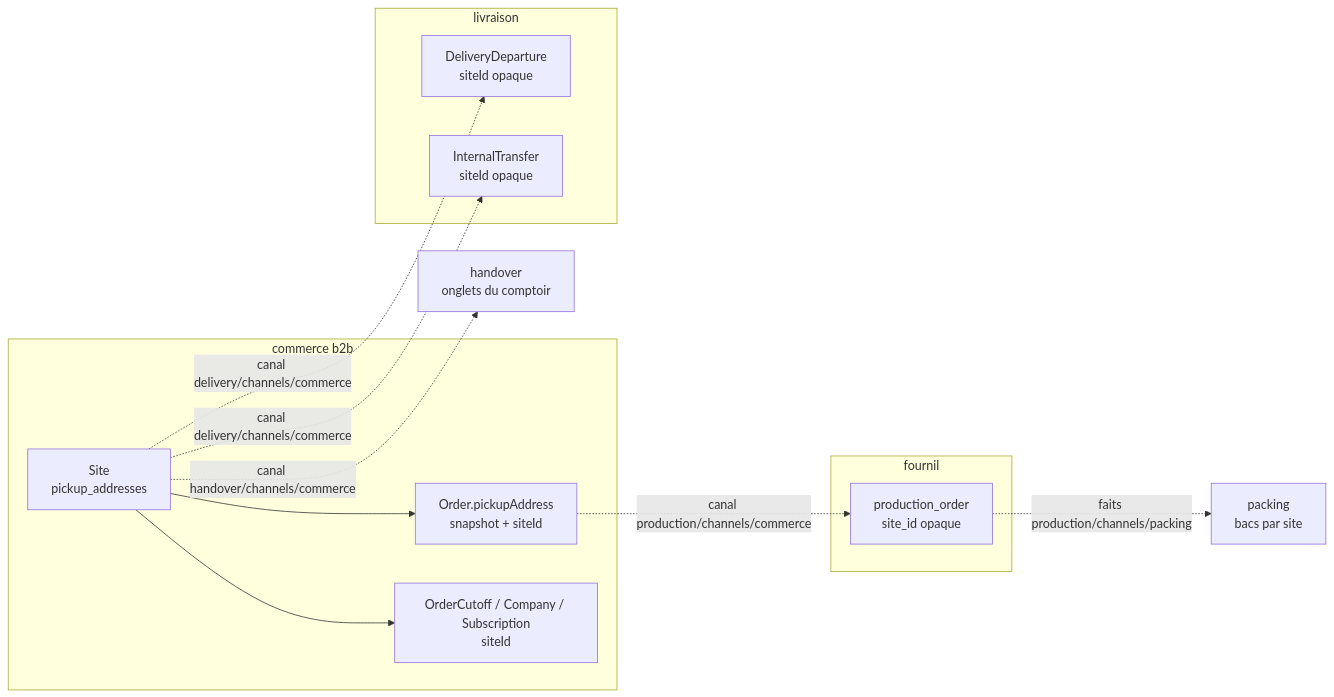
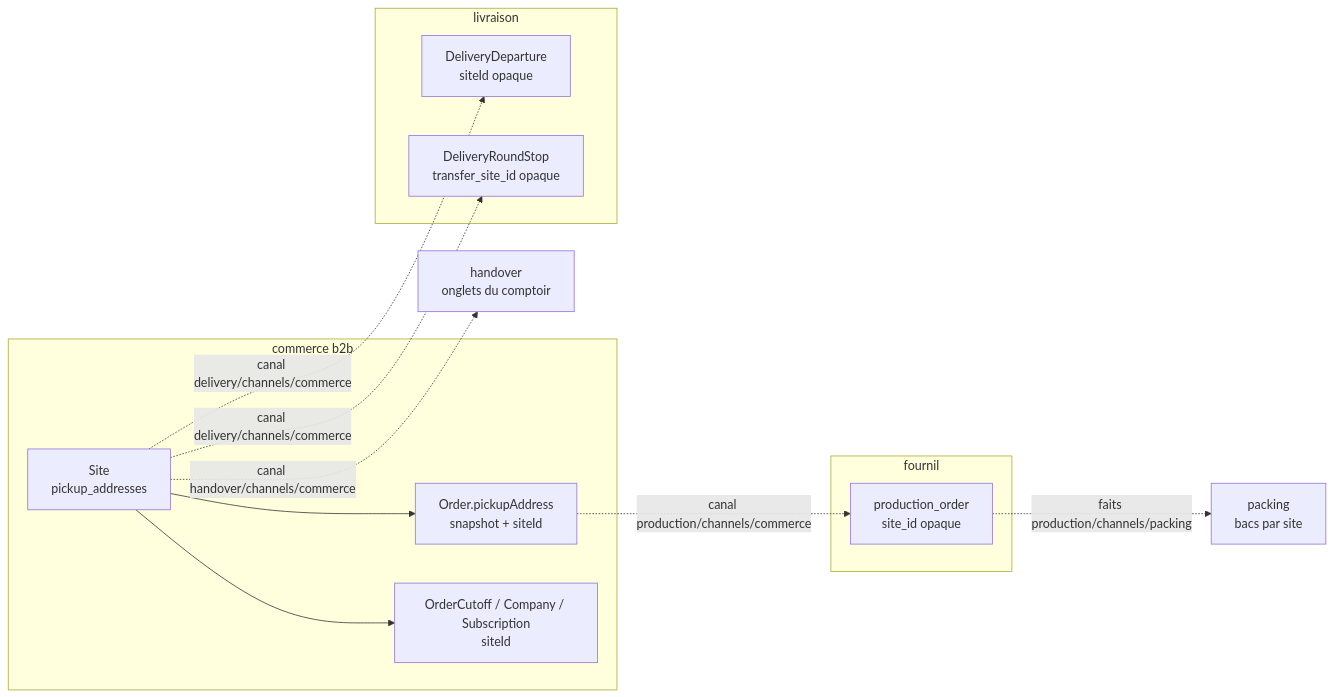
The first of 2 diagrams in documentation/livraisons/transferts/plan-sites-transfert-interne-tri-et-couleurs.md (hugoheynard/lfd), drawn with Mermaid before and after one commit. The commit also changed other lines of this file and 1 other file, not shown here.

````diff
--- a/documentation/livraisons/transferts/plan-sites-transfert-interne-tri-et-couleurs.md
+++ b/documentation/livraisons/transferts/plan-sites-transfert-interne-tri-et-couleurs.md
@@ -272,24 +289,24 @@
 ```mermaid
 flowchart LR
   subgraph b2b [commerce b2b]
     S[Site<br/>pickup_addresses]
     O[Order.pickupAddress<br/>snapshot + siteId]
     C[OrderCutoff / Company / Subscription<br/>siteId]
   end
   subgraph delivery [livraison]
     D[DeliveryDeparture<br/>siteId opaque]
-    T[InternalTransfer<br/>siteId opaque]
+    T[DeliveryRoundStop<br/>transfer_site_id opaque]
   end
   subgraph production [fournil]
     P[production_order<br/>site_id opaque]
   end
   H[handover<br/>onglets du comptoir]
   K[packing<br/>bacs par site]
   S --> O
   S --> C
   S -. canal delivery/channels/commerce .-> D
   S -. canal delivery/channels/commerce .-> T
   O -. canal production/channels/commerce .-> P
   P -. faits production/channels/packing .-> K
   S -. canal handover/channels/commerce .-> H
 ```
````
